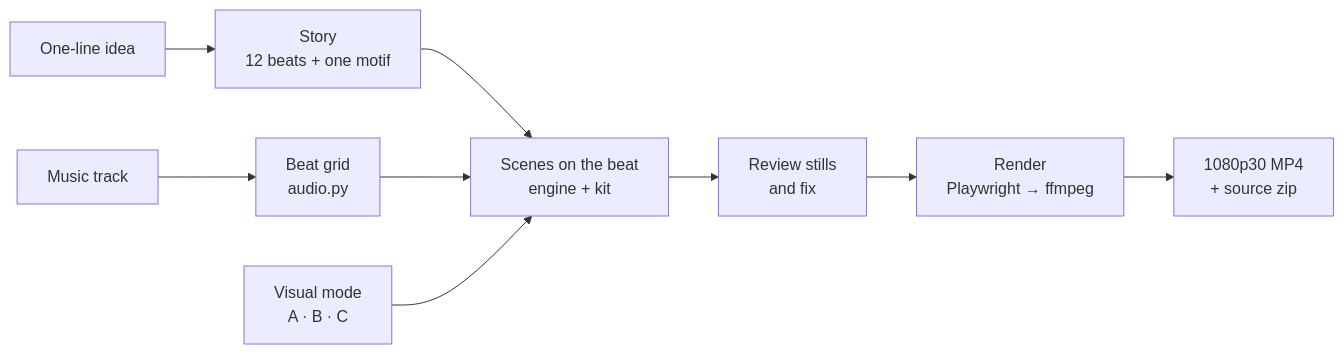
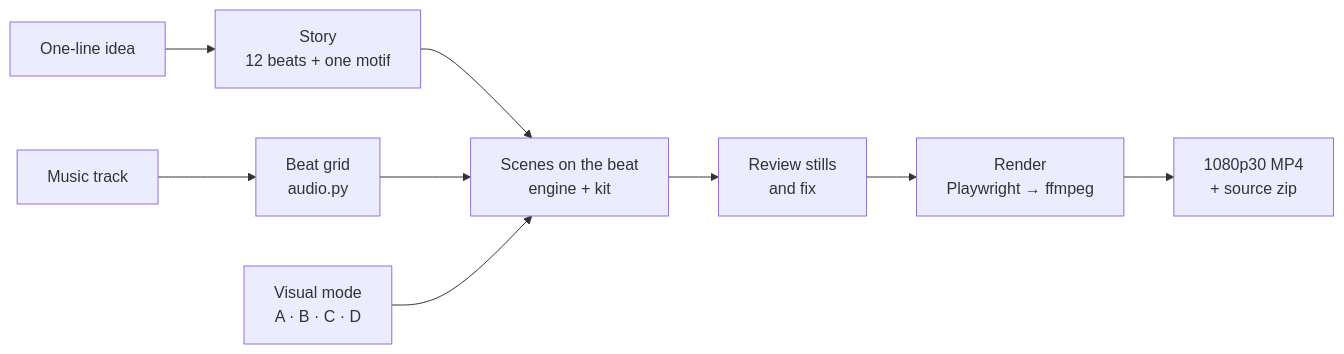
One commit to Hj714110-oss/idea-to-film changed the diagram in README.md. Above: the diagram before and after it, drawn with Mermaid. The commit also changed other lines of this file and 9 other files, not shown here.

````diff
--- a/README.md
+++ b/README.md
@@ -179,11 +196,11 @@
 ```mermaid
 flowchart LR
   I[One-line idea] --> S[Story<br/>12 beats + one motif]
   M[Music track] --> G[Beat grid<br/>audio.py]
   S --> B[Scenes on the beat<br/>engine + kit]
   G --> B
-  V[Visual mode<br/>A · B · C] --> B
+  V[Visual mode<br/>A · B · C · D] --> B
   B --> R[Review stills<br/>and fix]
   R --> O[Render<br/>Playwright → ffmpeg]
   O --> F[1080p30 MP4<br/>+ source zip]
 ```
````
